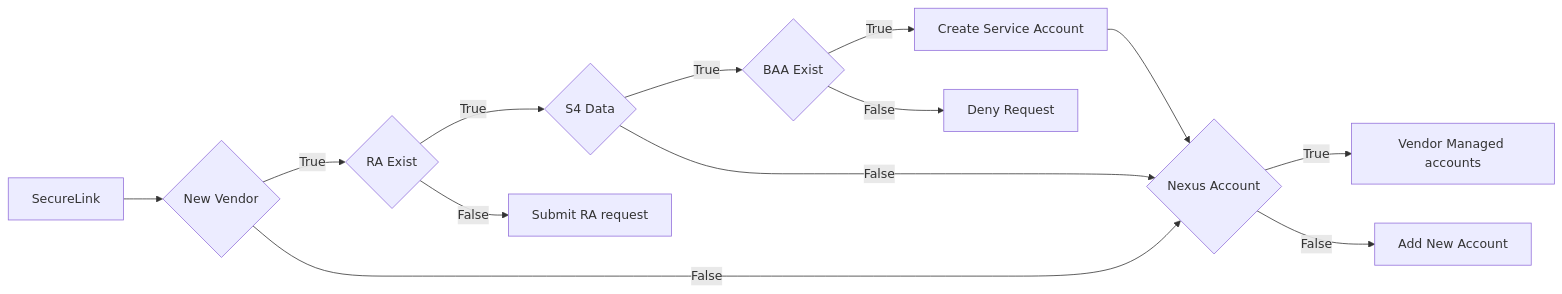
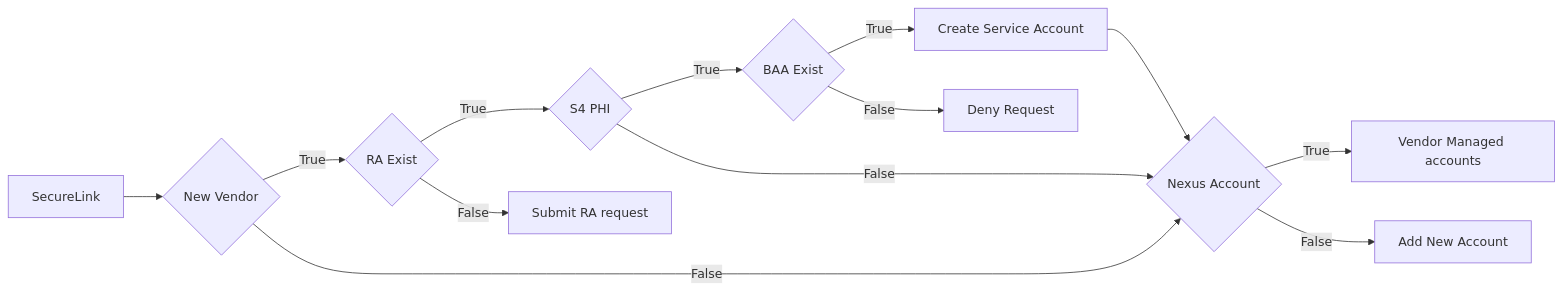
The diagram in SecureLink.md (stahler/MermaidDiagrams), drawn with Mermaid before and after one commit.

````diff
--- a/SecureLink.md
+++ b/SecureLink.md
@@ -2,15 +2,15 @@
 ```mermaid
 flowchart LR
     A[SecureLink] --> B{New Vendor}
     B --> |True| R{RA Exist}
-    R --> |True| S4{S4 Data}
+    R --> |True| S4{S4 PHI}
     R --> |False| Q[Submit RA request]
     S4 --> |True| C{BAA Exist} 
     S4 --> |False| F
     B --> |False| F{Nexus Account}
     F --> |True| G[Vendor Managed accounts]
     F --> |False| H[Add New Account]
     C --> |True| D[Create Service Account]
     D --> F 
     C --> |False| I[Deny Request]
 ```
````
